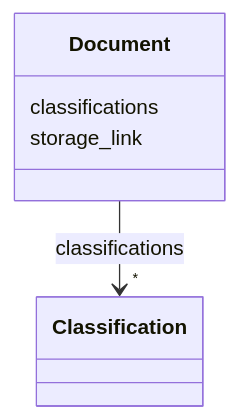
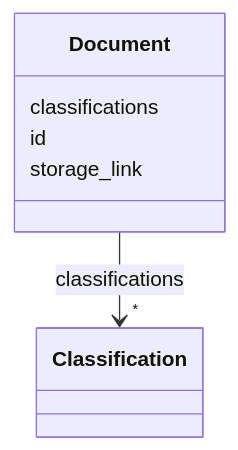
Before and after one commit to simondilhas/pragmatic-bim-data-contract: the diagram in latest/schema/Document.md, drawn with Mermaid. The commit also changed other lines of this file and 1314 other files, not shown here.

````diff
--- a/latest/schema/Document.md
+++ b/latest/schema/Document.md
@@ -18,19 +23,21 @@
 ```mermaid
  classDiagram
     class Document
     click Document href "../Document/"
       Document : classifications
         
           
     
         
         
         Document --> "*" Classification : classifications
         click Classification href "../Classification/"
     
 
         
+      Document : id
+        
       Document : storage_link
         
       
 ```
````
